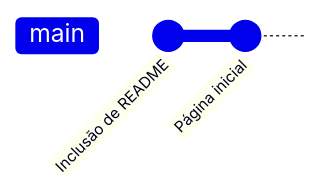
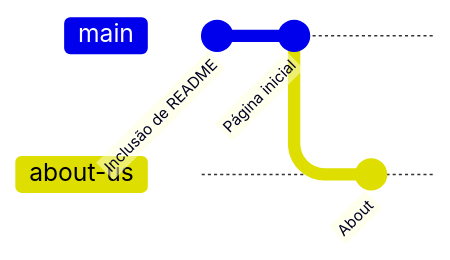
The diagram in README.md (BZR4/tcc-git-scm), drawn with Mermaid before and after one commit.

````diff
--- a/README.md
+++ b/README.md
@@ -15,5 +15,7 @@
 ```mermaid
 gitGraph
     commit id: "Inclusão de README"
     commit id: "Página inicial"
+    branch about-us
+        commit id: "About"
 ```
````
